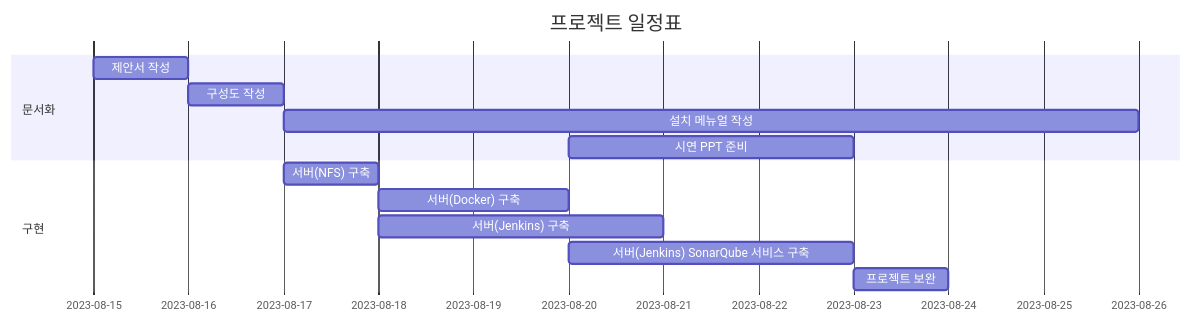
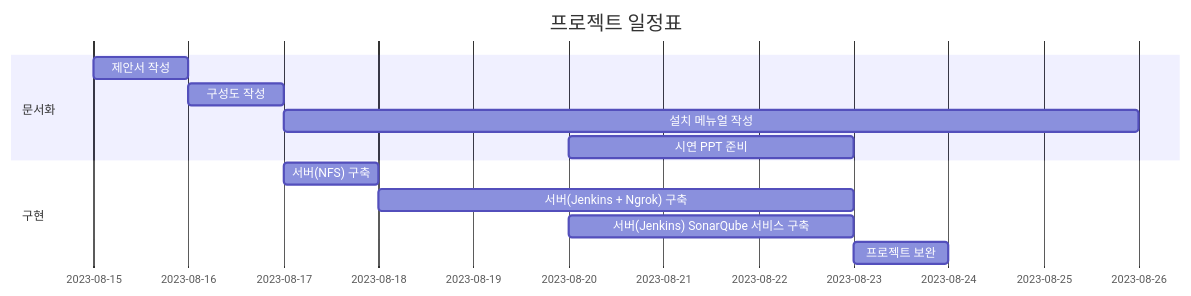
The diagram in README.md (KimJeongHoon190/First_Project), drawn with Mermaid before and after one commit.

````diff
--- a/README.md
+++ b/README.md
@@ -3,18 +3,17 @@
 ```mermaid
 gantt
     title 프로젝트 일정표
     dateFormat  YYYY-MM-DD
     section 문서화
     제안서 작성  : a1, 2023-08-15, 1d
     구성도 작성  : after a1, 1d
     설치 메뉴얼 작성 : after a1, 2023-08-17, 9d
     시연 PPT 준비 : after a1, 2023-08-20, 3d
    
 
     section 구현
     서버(NFS) 구축  : b1, 2023-08-17, 1d
-    서버(Docker) 구축: b2, 2023-08-18, 2d
-    서버(Jenkins) 구축 :after b1, 3d
+    서버(Jenkins + Ngrok) 구축 :after b1, 5d
     서버(Jenkins) SonarQube 서비스 구축: b3, 2023-08-20, 3d
     프로젝트 보완 : after b3, 1d
 ```
````
